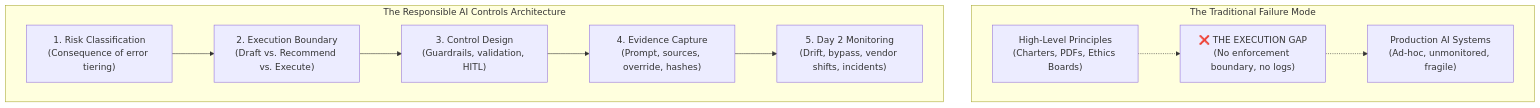
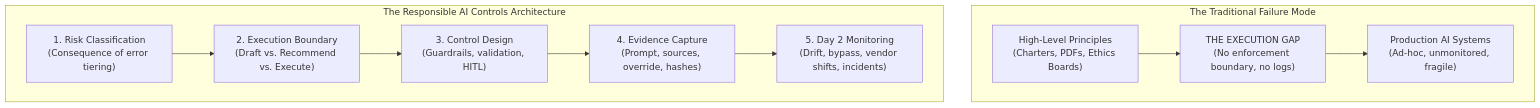
Before and after one commit to shibinantony/responsible-ai-controls-architecture: the first of 2 diagrams in README.md, drawn with Mermaid. The commit also changed other lines of this file and 7 other files, not shown here.

Commit message:
docs: add SVG architecture diagrams, restore tables, and fix cross-document navigation links

````diff
--- a/README.md
+++ b/README.md
@@ -24,19 +36,23 @@
 ```mermaid
 flowchart TD
-    subgraph Gap ["The Traditional Failure Mode"]
+    subgraph TraditionalFailure ["The Traditional Failure Mode"]
         P["High-Level Principles<br/>(Charters, PDFs, Ethics Boards)"]
-        GAP["❌ THE EXECUTION GAP<br/>(No enforcement boundary, no logs)"]
+        GAP["THE EXECUTION GAP<br/>(No enforcement boundary, no logs)"]
         PROD["Production AI Systems<br/>(Ad-hoc, unmonitored, fragile)"]
-        P -.-> GAP -.-> PROD
+        P --> GAP
+        GAP --> PROD
     end
 
-    subgraph Solution ["The Responsible AI Controls Architecture"]
+    subgraph ControlledPipeline ["The Responsible AI Controls Architecture"]
         L1["1. Risk Classification<br/>(Consequence of error tiering)"]
         L2["2. Execution Boundary<br/>(Draft vs. Recommend vs. Execute)"]
         L3["3. Control Design<br/>(Guardrails, validation, HITL)"]
         L4["4. Evidence Capture<br/>(Prompt, sources, override, hashes)"]
         L5["5. Day 2 Monitoring<br/>(Drift, bypass, vendor shifts, incidents)"]
 
-        L1 --> L2 --> L3 --> L4 --> L5
+        L1 --> L2
+        L2 --> L3
+        L3 --> L4
+        L4 --> L5
     end
 ```
````
